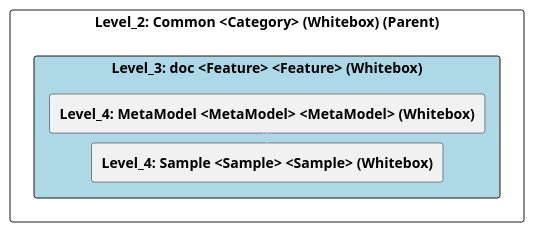
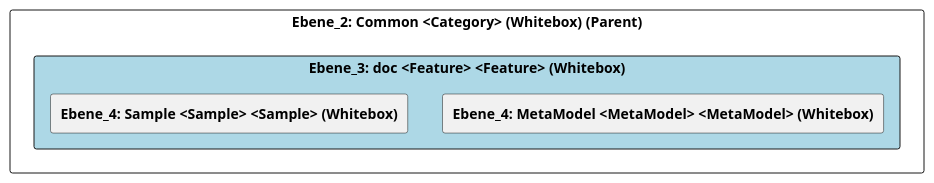
One commit to marcozwyssig/cleon changed the diagram in doc/cleonproject_deliverables_architecture_model_architecture/adoc/de/05_bausteinsicht/cleon/common/doc/ebene_3_doc.adoc. Above: the diagram before and after it, drawn with PlantUML. The commit also changed other lines of this file and 150 other files, not shown here.

```diff
--- a/doc/cleonproject_deliverables_architecture_model_architecture/adoc/de/05_bausteinsicht/cleon/common/doc/ebene_3_doc.adoc
+++ b/doc/cleonproject_deliverables_architecture_model_architecture/adoc/de/05_bausteinsicht/cleon/common/doc/ebene_3_doc.adoc
@@ -20,28 +20,25 @@
-[plantuml, Level_3: doc <Feature> <Feature> (Whitebox)BlockOverview, format="svg"]
+[plantuml, Ebene_3: doc <Feature> <Feature> (Whitebox)BlockOverview, format="svg"]
 ----
-@startuml Level_3: doc <Feature> <Feature> (Whitebox)BuildingBlockOverview
+@startuml Ebene_3: doc <Feature> <Feature> (Whitebox)BuildingBlockOverview
 
 skinparam ranksep 10
 skinparam componentStyle rectangle
 skinparam shadowing false
 skinparam arrowColor lightblue
 skinparam arrowThickness 1.2
 skinparam rectangle {
   BackgroundColor White
   BorderColor #333
   RoundCorner 10
 }
 top to bottom direction
 
-component "Level_2: Common <Category> (Whitebox) (Parent)" {
-    component "Level_3: doc <Feature> <Feature> (Whitebox)" #lightblue {
-        [**Level_4: MetaModel <MetaModel> <MetaModel> (Whitebox)**] as 4A570570_D579_11EE_903E_9F564E4DE07E
-        [**Level_4: Sample <Sample> <Sample> (Whitebox)**] as 4A56DE4D_D579_11EE_903E_9F564E4DE07E
+component "Ebene_2: Common <Category> (Whitebox) (Parent)" {
+    component "Ebene_3: doc <Feature> <Feature> (Whitebox)" #lightblue {
+        [**Ebene_4: MetaModel <MetaModel> <MetaModel> (Whitebox)**] as 4A570570_D579_11EE_903E_9F564E4DE07E
+        [**Ebene_4: Sample <Sample> <Sample> (Whitebox)**] as 4A56DE4D_D579_11EE_903E_9F564E4DE07E
     }
-
-    4A570570_D579_11EE_903E_9F564E4DE07E -down-> 4A56DE4D_D579_11EE_903E_9F564E4DE07E
-    
 }
 
 @enduml
 ----
```
